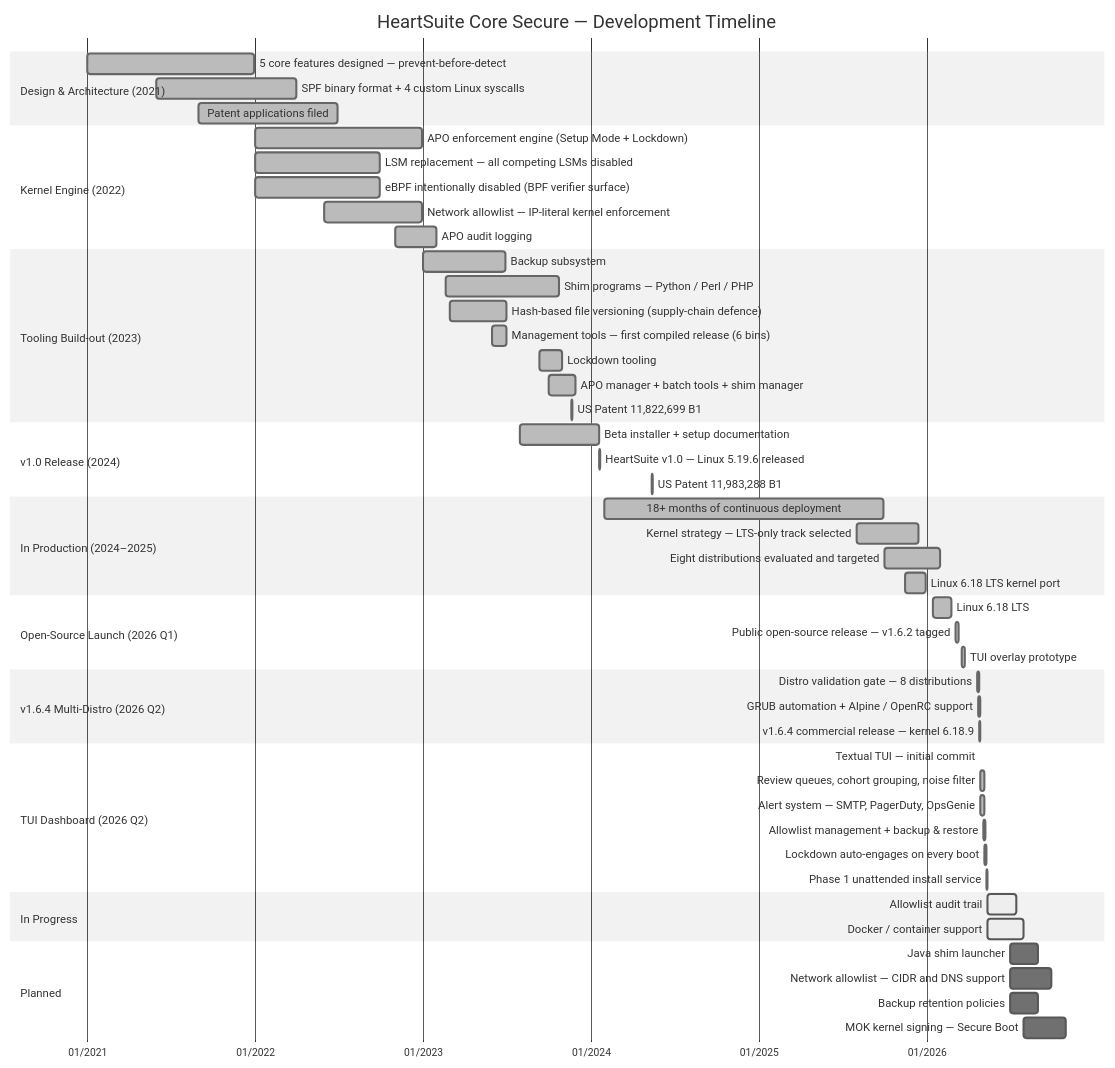
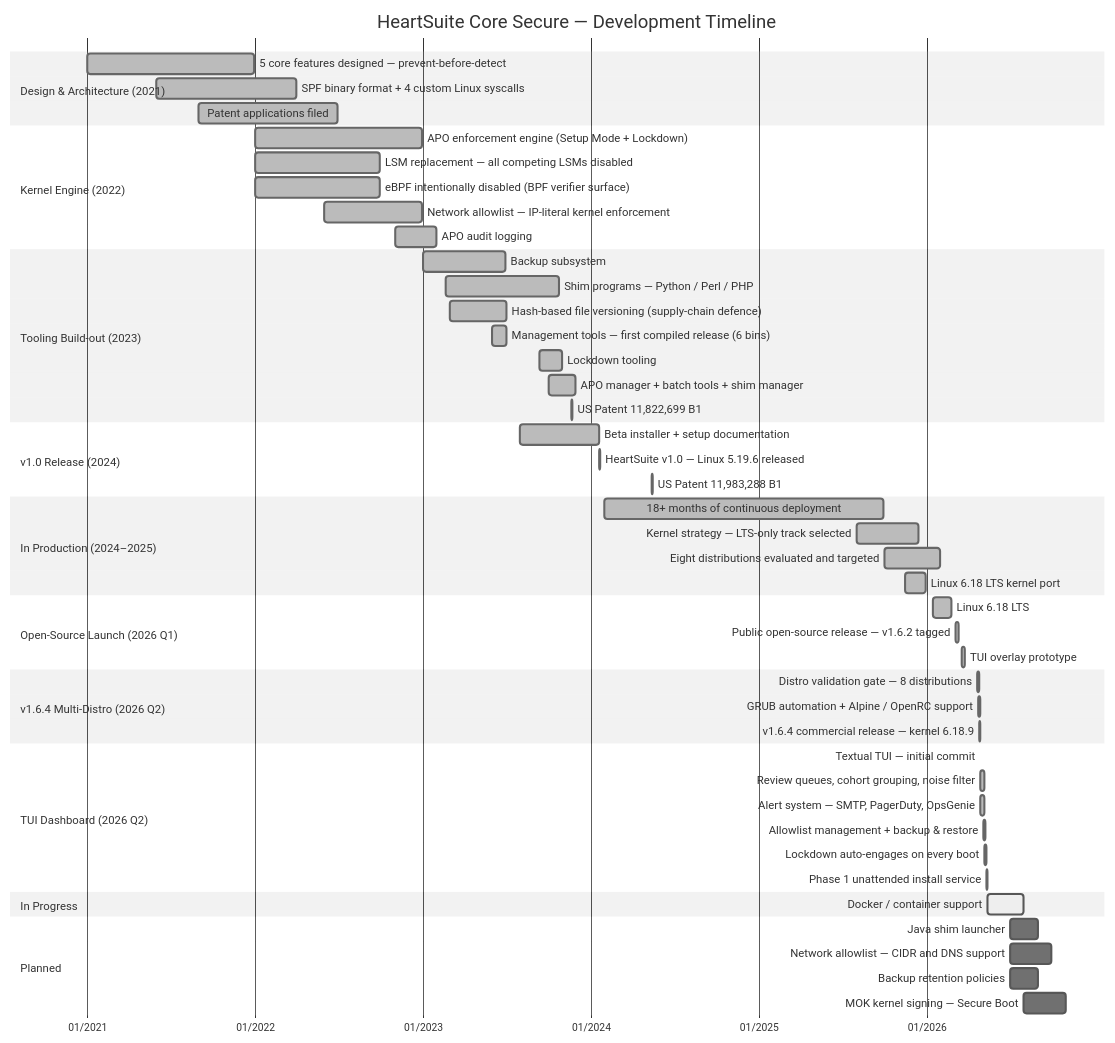
The diagram in content/en/docs/roadmap/_index.md (HeartSecuritySuite/heartsuite-docs), drawn with Mermaid (neutral theme) before and after one commit. The commit also changed other lines of this file, not shown here.

Commit message:
docs(roadmap): remove allowlist audit trail entry

````diff
--- a/content/en/docs/roadmap/_index.md
+++ b/content/en/docs/roadmap/_index.md
@@ -21,66 +21,65 @@
 ```mermaid
 gantt
     title HeartSuite Core Secure — Development Timeline
     dateFormat YYYY-MM-DD
     axisFormat %m/%Y
 
     section Design & Architecture (2021)
     5 core features designed — prevent-before-detect  :done, 2021-01-01, 2021-12-31
     SPF binary format + 4 custom Linux syscalls        :done, 2021-06-01, 2022-03-31
     Patent applications filed                          :done, 2021-09-01, 2022-06-30
 
     section Kernel Engine (2022)
     APO enforcement engine (Setup Mode + Lockdown)     :done, 2022-01-01, 2022-12-31
     LSM replacement — all competing LSMs disabled      :done, 2022-01-01, 2022-09-30
     eBPF intentionally disabled (BPF verifier surface) :done, 2022-01-01, 2022-09-30
     Network allowlist — IP-literal kernel enforcement  :done, 2022-06-01, 2022-12-31
     APO audit logging                                  :done, 2022-11-01, 2023-01-31
 
     section Tooling Build-out (2023)
     Backup subsystem                                  :done, 2023-01-01, 2023-06-30
     Shim programs — Python / Perl / PHP               :done, 2023-02-20, 2023-10-25
     Hash-based file versioning (supply-chain defence) :done, 2023-03-01, 2023-07-01
     Management tools — first compiled release (6 bins) :done, 2023-06-01, 2023-07-01
     Lockdown tooling                                  :done, 2023-09-11, 2023-10-31
     APO manager + batch tools + shim manager          :done, 2023-10-01, 2023-11-30
     US Patent 11,822,699 B1                           :done, 2023-11-21, 2023-11-22
 
     section v1.0 Release (2024)
     Beta installer + setup documentation              :done, 2023-07-31, 2024-01-20
     HeartSuite v1.0 — Linux 5.19.6 released           :done, 2024-01-20, 2024-01-21
     US Patent 11,983,288 B1                           :done, 2024-05-14, 2024-05-15
 
     section In Production (2024–2025)
     18+ months of continuous deployment        :done, 2024-02-01, 2025-09-30
     Kernel strategy — LTS-only track selected         :done, 2025-08-01, 2025-12-15
     Eight distributions evaluated and targeted        :done, 2025-10-01, 2026-01-31
     Linux 6.18 LTS kernel port                        :done, 2025-11-15, 2025-12-31
 
     section Open-Source Launch (2026 Q1)
     Linux 6.18 LTS          :done, 2026-01-15, 2026-02-24
     Public open-source release — v1.6.2 tagged        :done, 2026-03-05, 2026-03-12
     TUI overlay prototype                             :done, 2026-03-18, 2026-03-26
 
     section v1.6.4 Multi-Distro (2026 Q2)
     Distro validation gate — 8 distributions          :done, 2026-04-22, 2026-04-26
     GRUB automation + Alpine / OpenRC support         :done, 2026-04-23, 2026-04-29
     v1.6.4 commercial release — kernel 6.18.9         :done, 2026-04-26, 2026-04-27
 
     section TUI Dashboard (2026 Q2)
     Textual TUI — initial commit                      :done, 2026-04-28, 2026-04-29
     Review queues, cohort grouping, noise filter      :done, 2026-04-28, 2026-05-07
     Alert system — SMTP, PagerDuty, OpsGenie          :done, 2026-04-28, 2026-05-07
     Allowlist management + backup & restore           :done, 2026-05-04, 2026-05-10
     Lockdown auto-engages on every boot               :done, 2026-05-07, 2026-05-12
     Phase 1 unattended install service                :done, 2026-05-12, 2026-05-14
 
     section In Progress
-    Allowlist audit trail                             :active, 2026-05-14, 2026-07-15
     Docker / container support                        :active, 2026-05-14, 2026-07-31
 
     section Planned
     Java shim launcher                               :2026-07-01, 2026-08-31
     Network allowlist — CIDR and DNS support         :2026-07-01, 2026-09-30
     Backup retention policies                        :2026-07-01, 2026-08-31
     MOK kernel signing — Secure Boot                 :2026-08-01, 2026-10-31
 ```
````
